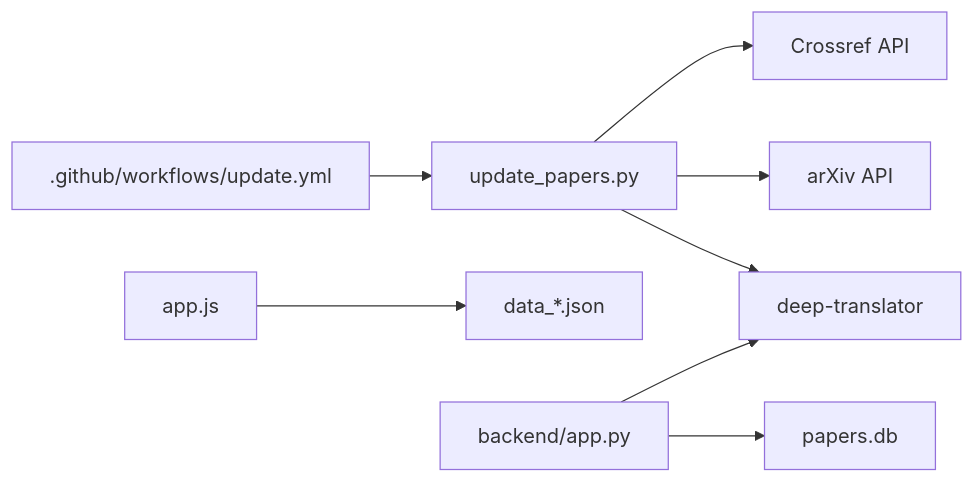
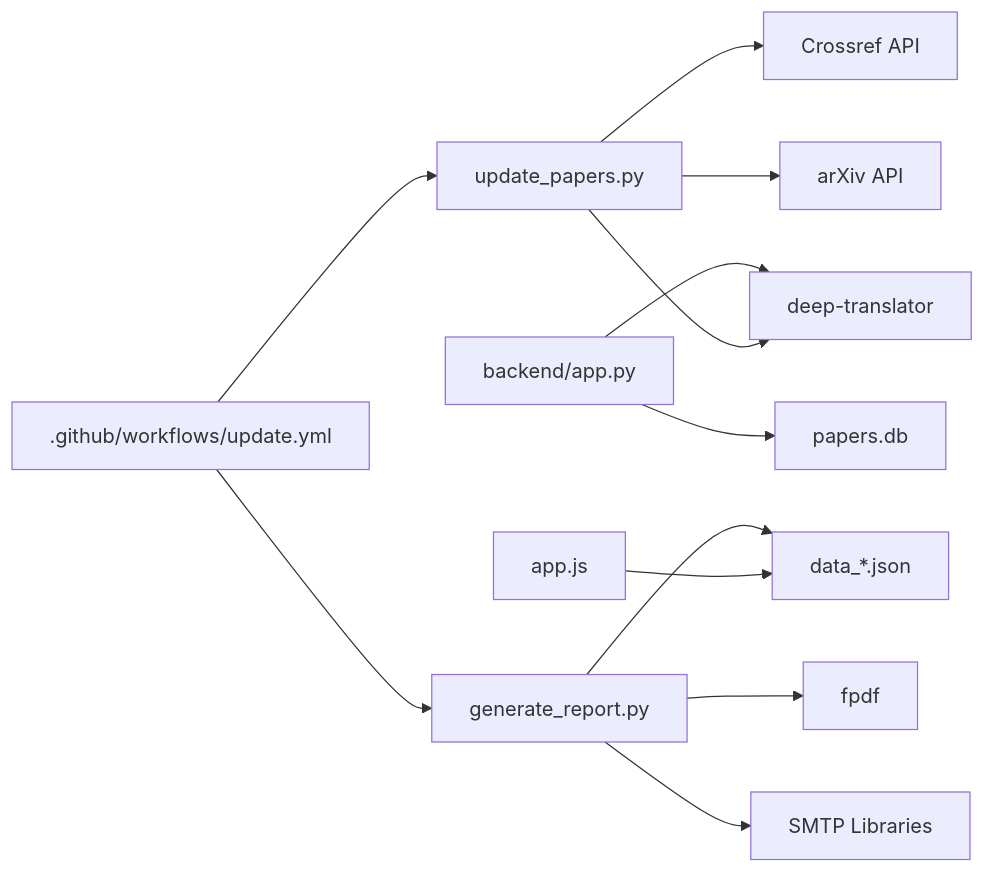
One commit to junxie01/cryoseismology_papers changed the sixth of 6 diagrams in .qoder/repowiki/en/content/Customization & Extension/Customization & Extension.md. Above: the diagram before and after it, drawn with Mermaid. The commit also changed other lines of this file and 4 other files, not shown here.

````diff
--- a/.qoder/repowiki/en/content/Customization & Extension/Customization & Extension.md
+++ b/.qoder/repowiki/en/content/Customization & Extension/Customization & Extension.md
@@ -273,10 +369,14 @@
 ```mermaid
 graph LR
 UPDATE["update_papers.py"] --> CROSSREF["Crossref API"]
 UPDATE --> ARXIV["arXiv API"]
 UPDATE --> TRANSLATE["deep-translator"]
 FRONTEND["app.js"] --> DATA["data_*.json"]
 BACKEND["backend/app.py"] --> SQLITE["papers.db"]
 BACKEND --> TRANSLATE
+REPORT["generate_report.py"] --> FPDF["fpdf"]
+REPORT --> EMAIL["SMTP Libraries"]
+REPORT --> DATA["data_*.json"]
 WORKFLOW[".github/workflows/update.yml"] --> UPDATE
+WORKFLOW --> REPORT
 ```
````
